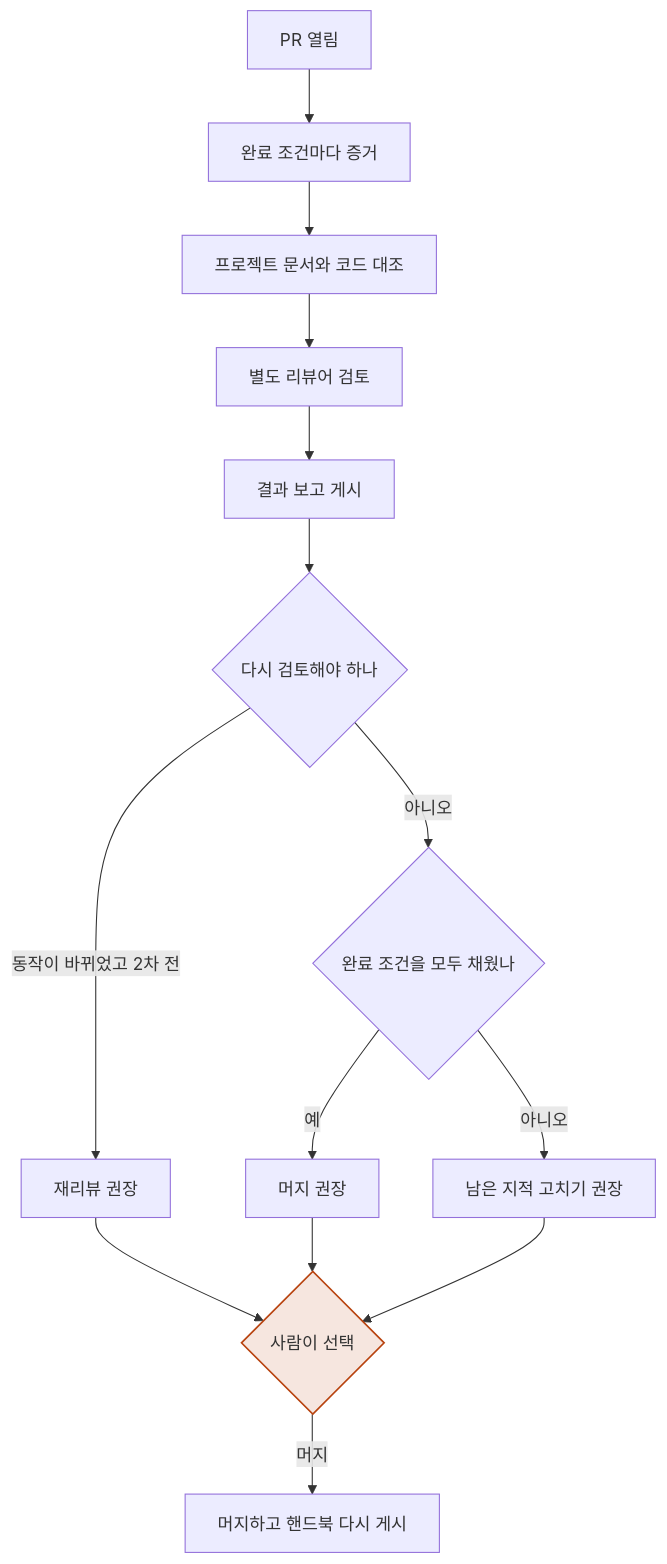
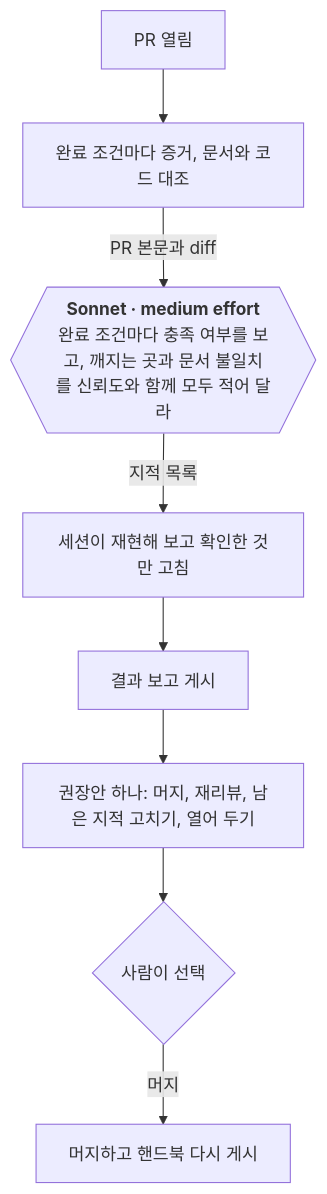
One commit to dincal/agent_logbook changed the third of 4 diagrams in docs/system/flows.md. Above: the diagram before and after it, drawn with Mermaid. The commit also changed other lines of this file and 24 other files, not shown here.

````diff
--- a/docs/system/flows.md
+++ b/docs/system/flows.md
@@ -58,18 +57,11 @@
 ```mermaid
 flowchart TD
-  PR["PR 열림"] --> EV["완료 조건마다 증거"]
-  EV --> SC["프로젝트 문서와 코드 대조"]
-  SC --> RV["별도 리뷰어 검토"]
-  RV --> DB["결과 보고 게시"]
-  DB --> CK{"다시 검토해야 하나"}
-  CK -->|"동작이 바뀌었고 2차 전"| RR["재리뷰 권장"]
-  CK -->|"아니오"| OK{"완료 조건을 모두 채웠나"}
-  OK -->|"예"| MG["머지 권장"]
-  OK -->|"아니오"| FIX["남은 지적 고치기 권장"]
-  RR --> Q{"사람이 선택"}
-  MG --> Q
-  FIX --> Q
+  PR["PR 열림"] --> EV["완료 조건마다 증거, 문서와 코드 대조"]
+  EV -->|"PR 본문과 diff"| RV{{"`**Sonnet · medium effort**
+  완료 조건마다 충족 여부를 보고, 깨지는 곳과 문서 불일치를 신뢰도와 함께 모두 적어 달라`"}}
+  RV -->|"지적 목록"| VF["세션이 재현해 보고 확인한 것만 고침"]
+  VF --> DB["결과 보고 게시"]
+  DB --> RC["권장안 하나: 머지, 재리뷰, 남은 지적 고치기, 열어 두기"]
+  RC --> Q{"사람이 선택"}
   Q -->|"머지"| HB["머지하고 핸드북 다시 게시"]
-  classDef human fill:#B8430F22,stroke:#B8430F,stroke-width:1.5px
-  class Q human
 ```
````
